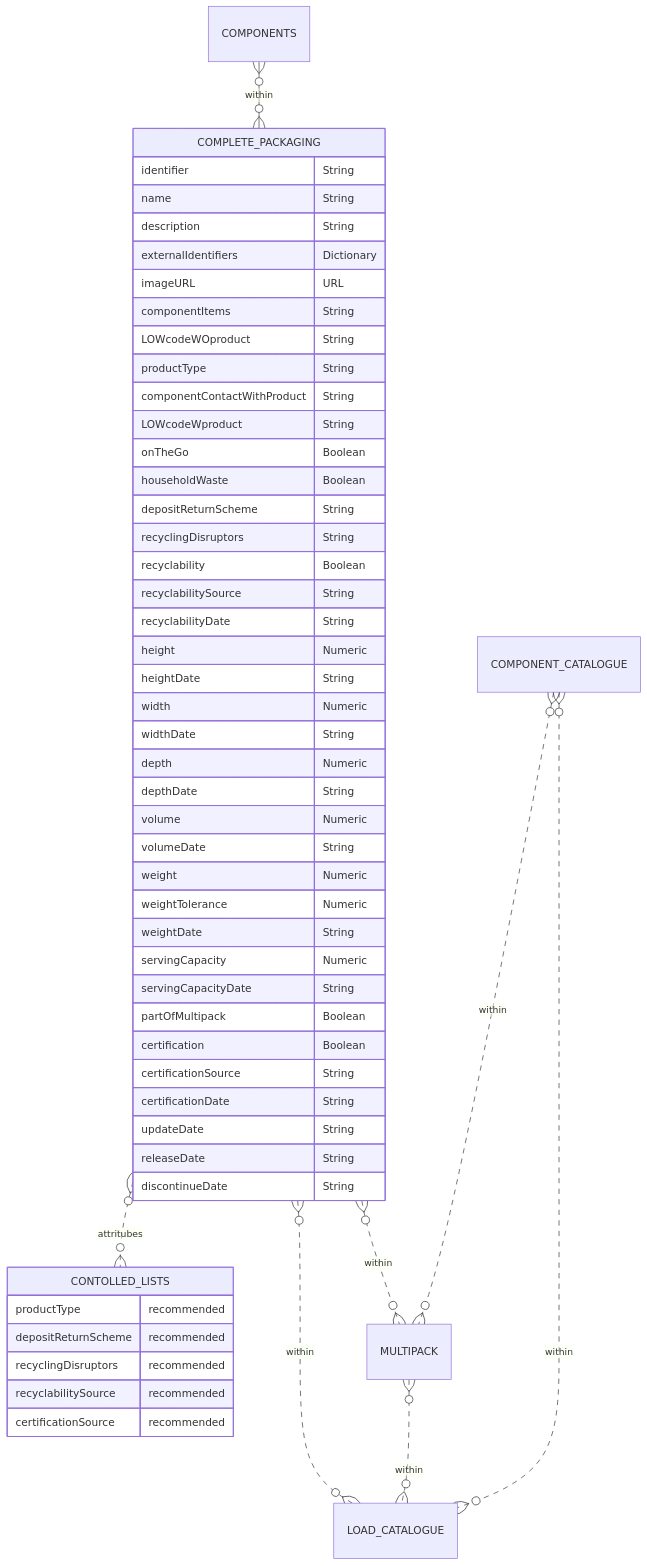
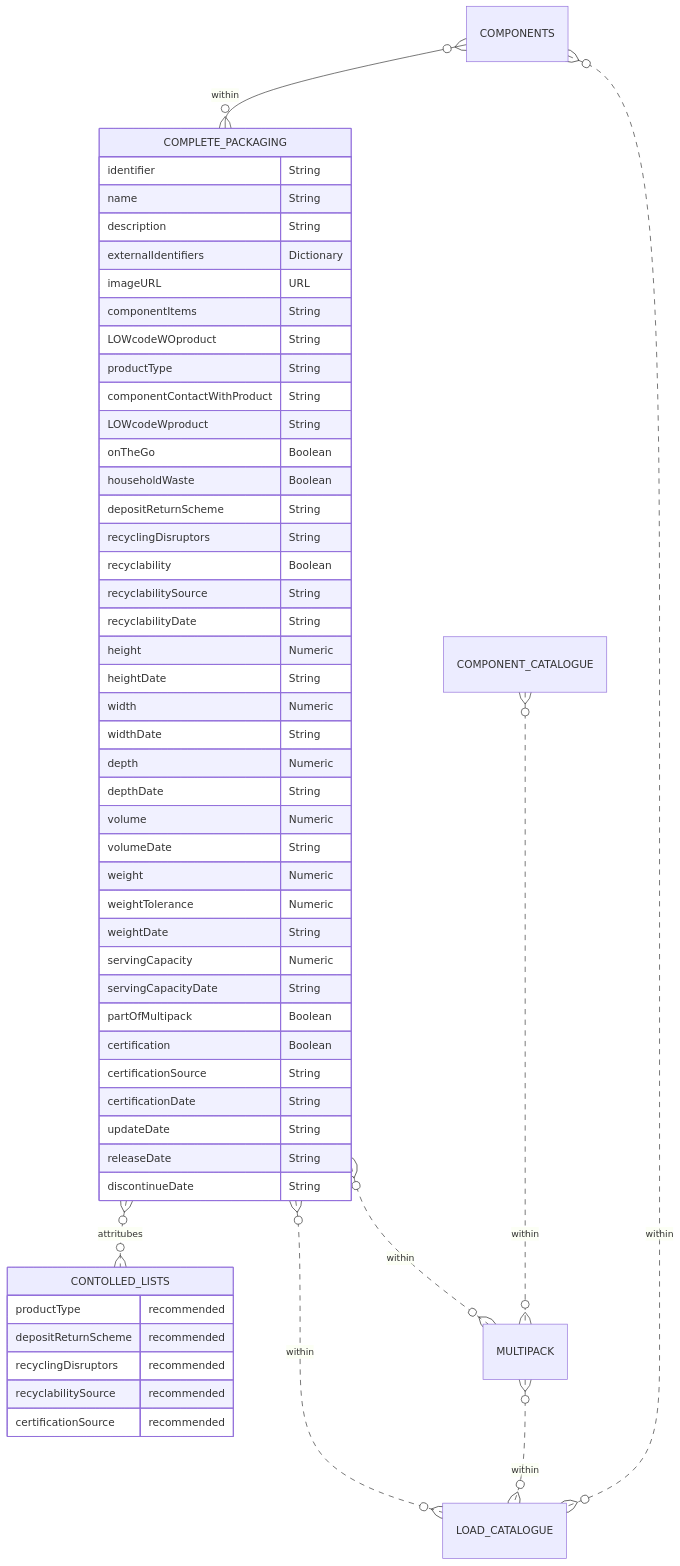
The diagram in docs/3_Data_Specification/3_4_Complete_Packaging.md (OpenDataManchester/Open3P), drawn with Mermaid before and after one commit. The commit also changed 1 other file, not shown here.

Commit message:
Fixed issues with mermard maps

````diff
--- a/docs/3_Data_Specification/3_4_Complete_Packaging.md
+++ b/docs/3_Data_Specification/3_4_Complete_Packaging.md
@@ -52,56 +52,56 @@
 ``` mermaid
 erDiagram
 COMPONENTS }o--o{ COMPLETE_PACKAGING : within
   COMPLETE_PACKAGING {
     identifier String
     name String
     description String
     externalIdentifiers Dictionary
     imageURL URL
     componentItems String
     LOWcodeWOproduct String
     productType String
     componentContactWithProduct String
     LOWcodeWproduct String
     onTheGo Boolean
     householdWaste Boolean
     depositReturnScheme String
     recyclingDisruptors String
     recyclability Boolean
     recyclabilitySource String
     recyclabilityDate String
     height Numeric
     heightDate String
     width Numeric
     widthDate String
     depth Numeric
     depthDate String
     volume Numeric
     volumeDate String
     weight Numeric
     weightTolerance Numeric
     weightDate String
     servingCapacity Numeric
     servingCapacityDate String
     partOfMultipack Boolean
     certification Boolean
     certificationSource String
     certificationDate String
     updateDate String
     releaseDate String
     discontinueDate String
   }
   COMPLETE_PACKAGING }o..o{ CONTOLLED_LISTS : attritubes
   COMPLETE_PACKAGING }o..o{ MULTIPACK : within
   COMPONENT_CATALOGUE }o..o{ MULTIPACK : within
   COMPLETE_PACKAGING }o..o{ LOAD_CATALOGUE : within
   MULTIPACK }o..o{ LOAD_CATALOGUE : within
-  COMPONENT_CATALOGUE }o..o{ LOAD_CATALOGUE : within
+  COMPONENTS }o..o{ LOAD_CATALOGUE : within
       CONTOLLED_LISTS {
     productType recommended
     depositReturnScheme recommended
     recyclingDisruptors recommended
     recyclabilitySource recommended
     certificationSource recommended
   }
 ```
````
